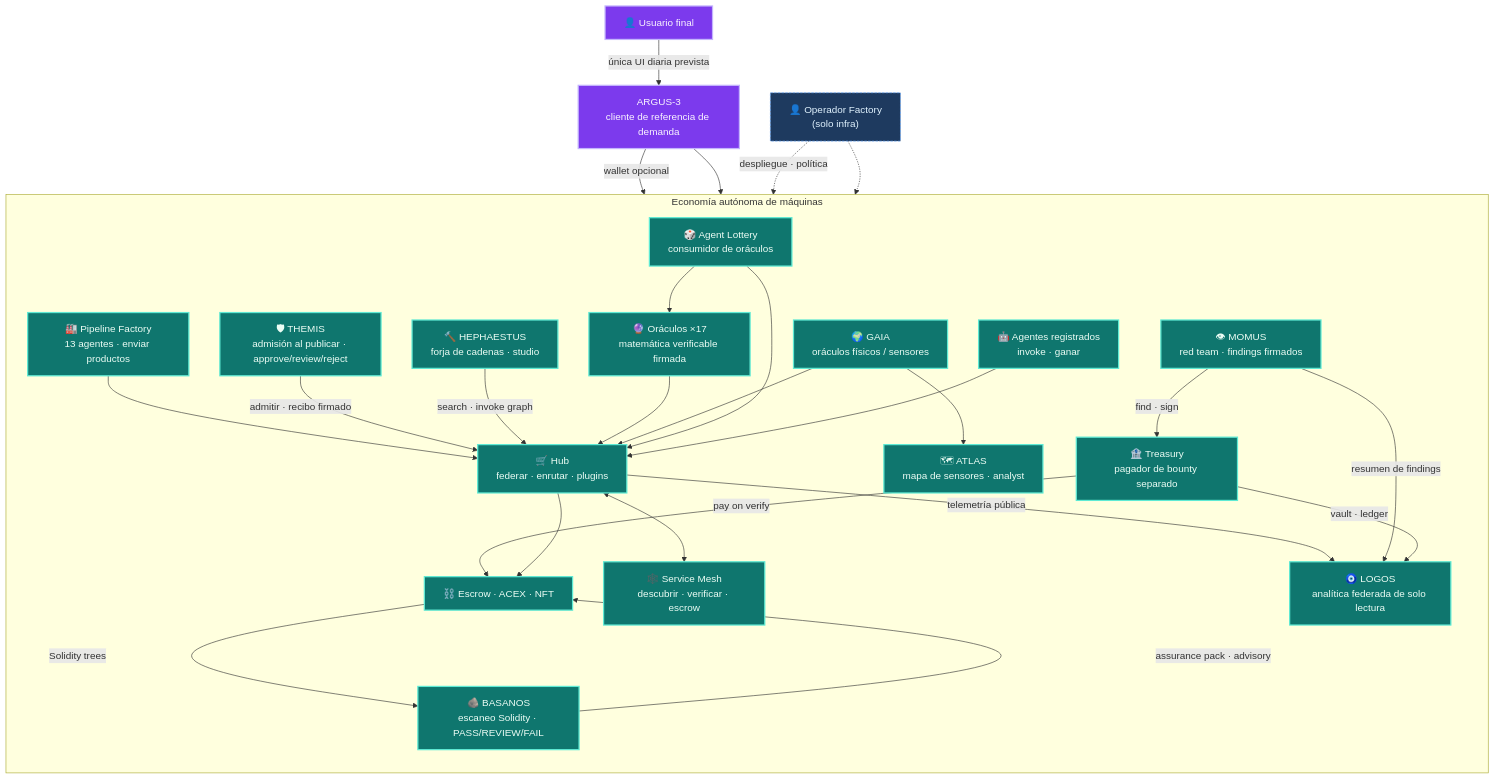
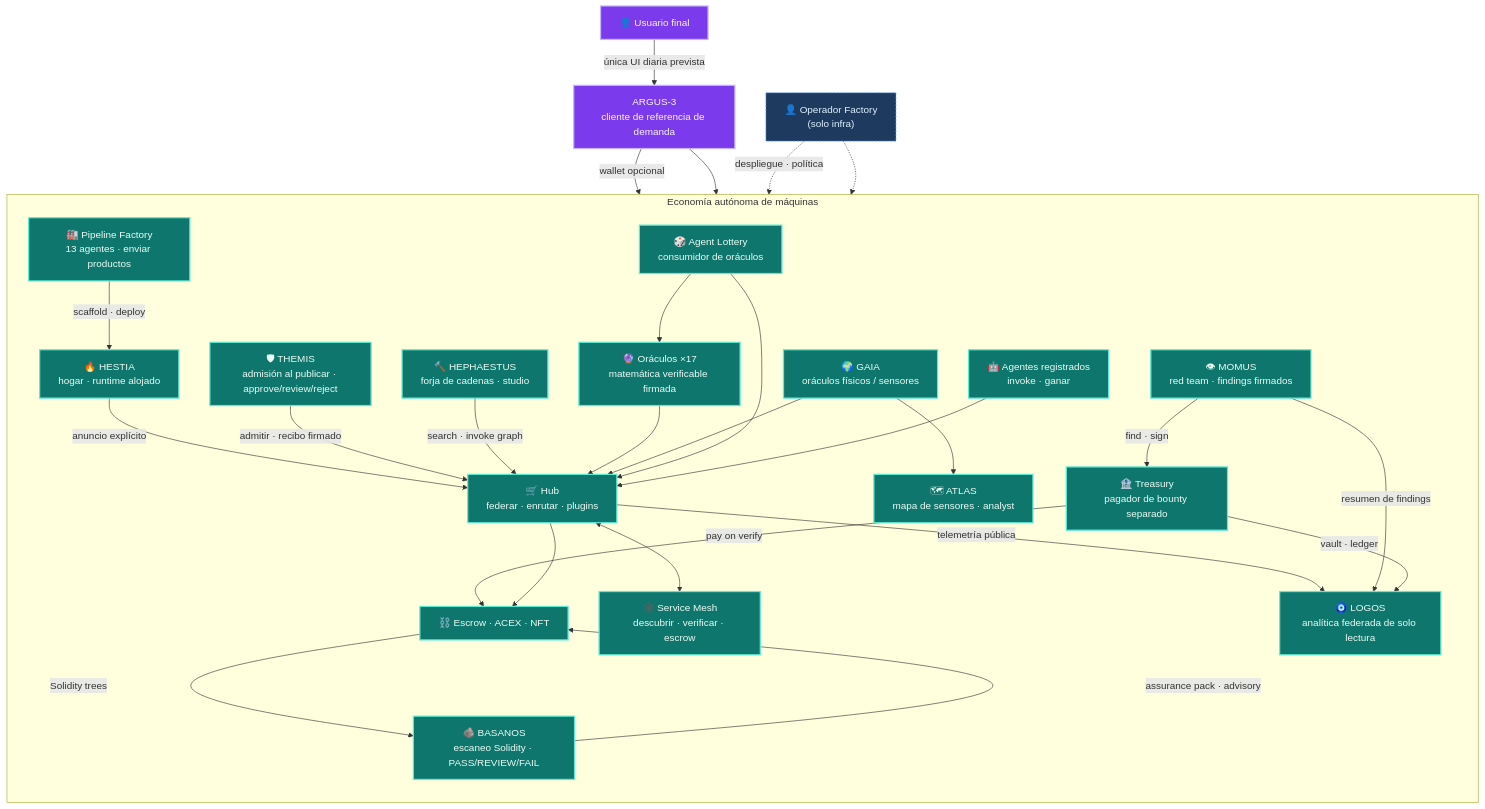
One commit to alexar76/aicom changed the first of 5 diagrams in docs/ecosystem/whitepaper/es.md. Above: the diagram before and after it, drawn with Mermaid. The commit also changed other lines of this file and 28 other files, not shown here.

````diff
--- a/docs/ecosystem/whitepaper/es.md
+++ b/docs/ecosystem/whitepaper/es.md
@@ -66,55 +67,57 @@
 ```mermaid
 flowchart TB
   classDef human fill:#7c3aed,stroke:#c4b5fd,color:#faf5ff,stroke-width:2px
   classDef machine fill:#0f766e,stroke:#5eead4,color:#ecfdf5,stroke-width:2px
   classDef optional fill:#1e3a5f,stroke:#60a5fa,color:#e0f2fe,stroke-width:1px,stroke-dasharray:4 2
 
   HUMAN["👤 Usuario final"]:::human
   ARGUS["ARGUS-3<br/>cliente de referencia de demanda"]:::human
   OP["👤 Operador Factory<br/>(solo infra)"]:::optional
 
   subgraph MACHINE["Economía autónoma de máquinas"]
     direction TB
     FACTORY["🏭 Pipeline Factory<br/>13 agentes · enviar productos"]
+    HESTIA["🔥 HESTIA<br/>hogar · runtime alojado"]
     HUB["🛒 Hub<br/>federar · enrutar · plugins"]
     MESH["🕸️ Service Mesh<br/>descubrir · verificar · escrow"]
     ORACLES["🔮 Oráculos ×17<br/>matemática verificable firmada"]
     GAIA["🌍 GAIA<br/>oráculos físicos / sensores"]
     ATLAS["🗺 ATLAS<br/>mapa de sensores · analyst"]
     LOGOS["🧿 LOGOS<br/>analítica federada de solo lectura"]
     MOMUS["👁 MOMUS<br/>red team · findings firmados"]
     THEMIS["🛡 THEMIS<br/>admisión al publicar · approve/review/reject"]
     BASANOS["🪨 BASANOS<br/>escaneo Solidity · PASS/REVIEW/FAIL"]
     HEPHAESTUS["🔨 HEPHAESTUS<br/>forja de cadenas · studio"]
     TREASURY["🏦 Treasury<br/>pagador de bounty separado"]
     LOTTERY["🎲 Agent Lottery<br/>consumidor de oráculos"]
     AGENTS["🤖 Agentes registrados<br/>invoke · ganar"]
     CHAIN["⛓️ Escrow · ACEX · NFT"]
-    FACTORY --> HUB
+    FACTORY -->|scaffold · deploy| HESTIA
+    HESTIA -->|anuncio explícito| HUB
     THEMIS -->|"admitir · recibo firmado"| HUB
     HEPHAESTUS -->|"search · invoke graph"| HUB
     CHAIN -->|"Solidity trees"| BASANOS
     BASANOS -->|"assurance pack · advisory"| CHAIN
     HUB <--> MESH
     ORACLES --> HUB
     GAIA --> HUB
     GAIA --> ATLAS
     HUB -->|"telemetría pública"| LOGOS
     MOMUS -->|"resumen de findings"| LOGOS
     TREASURY -->|"vault · ledger"| LOGOS
     MOMUS -->|"find · sign"| TREASURY
     TREASURY -->|"pay on verify"| CHAIN
     LOTTERY --> ORACLES
     LOTTERY --> HUB
     AGENTS --> HUB
     HUB --> CHAIN
   end
 
   HUMAN -->|"única UI diaria prevista"| ARGUS
   ARGUS -->|"wallet opcional"| HUB
   ARGUS --> MESH
   OP -.->|"despliegue · política"| FACTORY
   OP -.-> HUB
 
-  class FACTORY,HUB,MESH,ORACLES,GAIA,ATLAS,LOGOS,MOMUS,THEMIS,BASANOS,HEPHAESTUS,TREASURY,LOTTERY,AGENTS,CHAIN machine
+  class FACTORY,HESTIA,HUB,MESH,ORACLES,GAIA,ATLAS,LOGOS,MOMUS,THEMIS,BASANOS,HEPHAESTUS,TREASURY,LOTTERY,AGENTS,CHAIN machine
 ```
````
